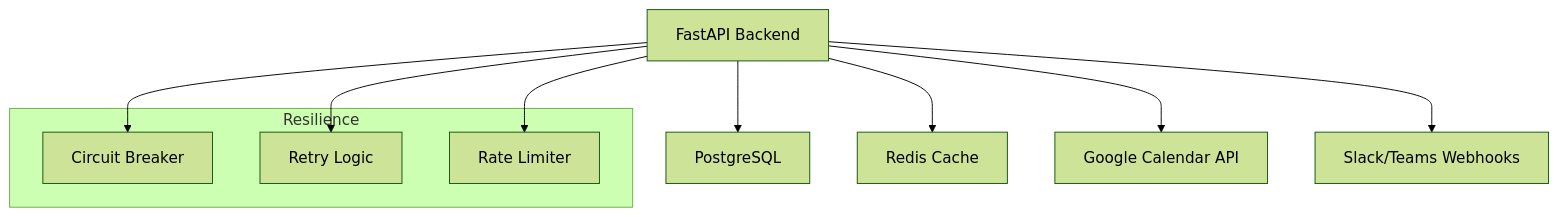
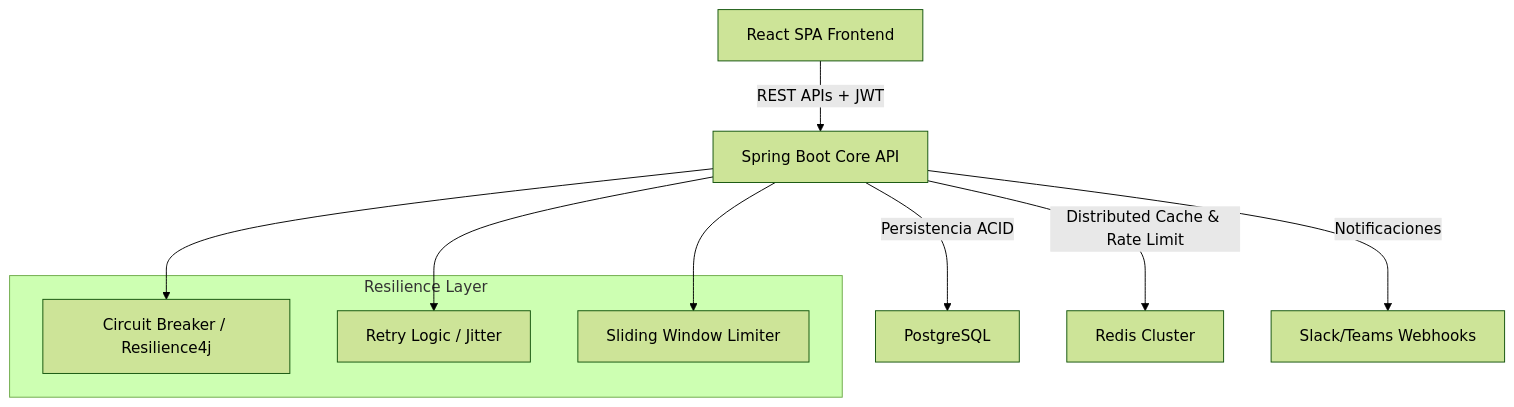
One commit to raulrodriguezmesia-blip/automatizacion-convocatorias changed the diagram in README.md. Above: the diagram before and after it, drawn with Mermaid (forest theme). The commit also changed other lines of this file, not shown here.

````diff
--- a/README.md
+++ b/README.md
@@ -92,17 +37,17 @@
 ```mermaid
 graph TD
-    A[FastAPI Backend] --> B[PostgreSQL]
-    A --> C[Redis Cache]
-    A --> D[Google Calendar API]
-    A --> E[Slack/Teams Webhooks]
+    A[React SPA Frontend] -->|REST APIs + JWT| B[Spring Boot Core API]
+    B -->|Persistencia ACID| C[PostgreSQL]
+    B -->|Distributed Cache & Rate Limit| D[Redis Cluster]
+    B -->|Notificaciones| E[Slack/Teams Webhooks]
     
-    subgraph Resilience
-        F[Circuit Breaker]
-        G[Retry Logic]
-        H[Rate Limiter]
+    subgraph Resilience Layer
+        F[Circuit Breaker / Resilience4j]
+        G[Retry Logic / Jitter]
+        H[Sliding Window Limiter]
     end
     
-    A --> F
-    A --> G
-    A --> H
+    B --> F
+    B --> G
+    B --> H
 ```
````
